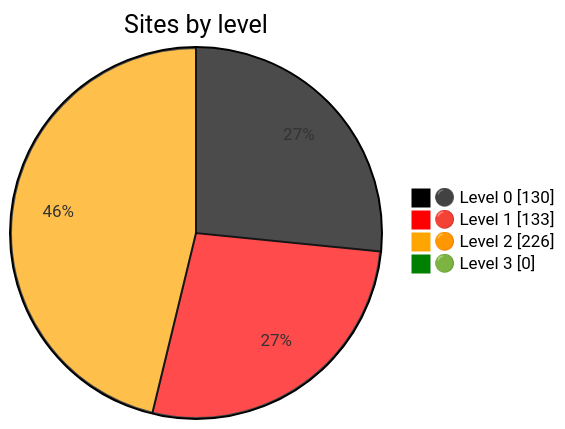
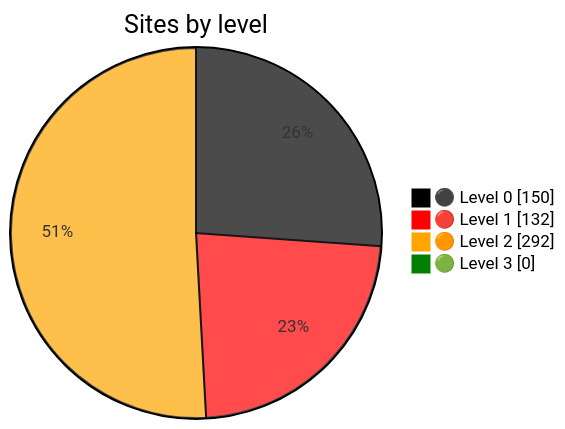
The diagram in README.md (nuuuwan/gov_lk_web_auditor), drawn with Mermaid before and after one commit. The commit also changed other lines of this file and 2880 other files, not shown here.

````diff
--- a/README.md
+++ b/README.md
@@ -24,9 +24,9 @@
 ```mermaid
 %%{init: {"themeVariables":{"pie1":"black","pie2":"red","pie3":"orange","pie4":"green"}}}%%
 pie showData
     title Sites by level
-    "⚫ Level 0" : 130
-    "🔴 Level 1" : 133
-    "🟠 Level 2" : 226
+    "⚫ Level 0" : 150
+    "🔴 Level 1" : 132
+    "🟠 Level 2" : 292
     "🟢 Level 3" : 0
 ```
````
